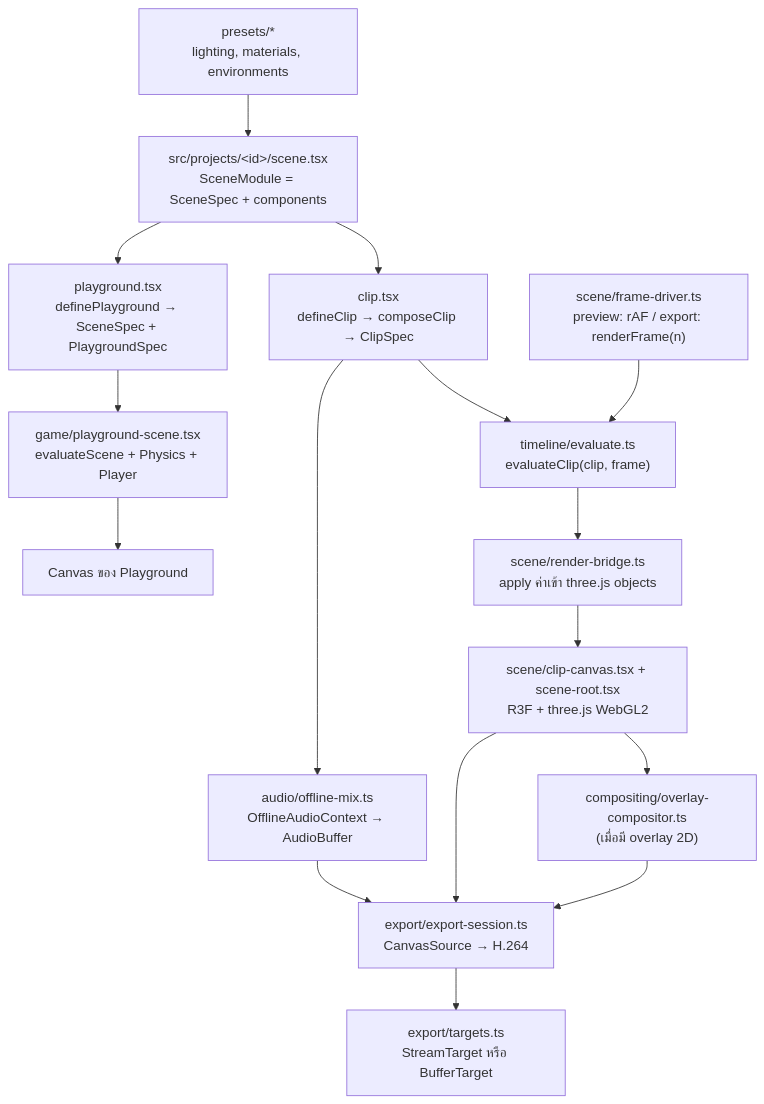
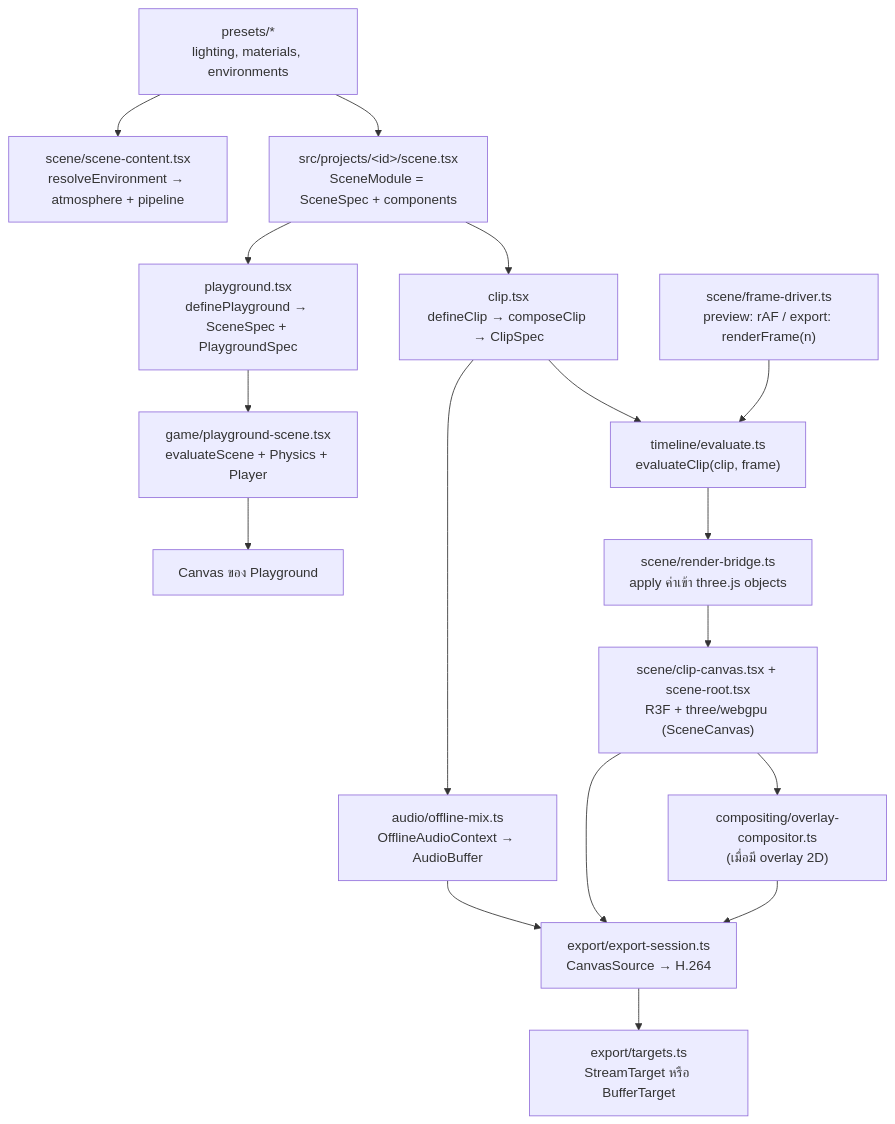
The diagram in docs/architecture.md (SaharatM864/three_3D_studio), drawn with Mermaid before and after one commit. The commit also changed other lines of this file and 42 other files, not shown here.

First line of the commit message:
feat: add WebGPU pipeline and timeline evaluation

````diff
--- a/docs/architecture.md
+++ b/docs/architecture.md
@@ -22,18 +22,19 @@
 ```mermaid
 flowchart TD
     S["src/projects/&lt;id&gt;/scene.tsx<br/>SceneModule = SceneSpec + components"] --> C["clip.tsx<br/>defineClip → composeClip → ClipSpec"]
     S --> PG["playground.tsx<br/>definePlayground → SceneSpec + PlaygroundSpec"]
     C --> E["timeline/evaluate.ts<br/>evaluateClip(clip, frame)"]
     E --> B["scene/render-bridge.ts<br/>apply ค่าเข้า three.js objects"]
     D["scene/frame-driver.ts<br/>preview: rAF / export: renderFrame(n)"] --> E
-    B --> R["scene/clip-canvas.tsx + scene-root.tsx<br/>R3F + three.js WebGL2"]
+    B --> R["scene/clip-canvas.tsx + scene-root.tsx<br/>R3F + three/webgpu (SceneCanvas)"]
     R --> O["compositing/overlay-compositor.ts<br/>(เมื่อมี overlay 2D)"]
     O --> X["export/export-session.ts<br/>CanvasSource → H.264"]
     R --> X
     C --> A["audio/offline-mix.ts<br/>OfflineAudioContext → AudioBuffer"]
     A --> X
     X --> T["export/targets.ts<br/>StreamTarget หรือ BufferTarget"]
     P["presets/*<br/>lighting, materials, environments"] --> S
+    P --> SC["scene/scene-content.tsx<br/>resolveEnvironment → atmosphere + pipeline"]
     PG --> G["game/playground-scene.tsx<br/>evaluateScene + Physics + Player"]
     G --> R2["Canvas ของ Playground"]
 ```
````
